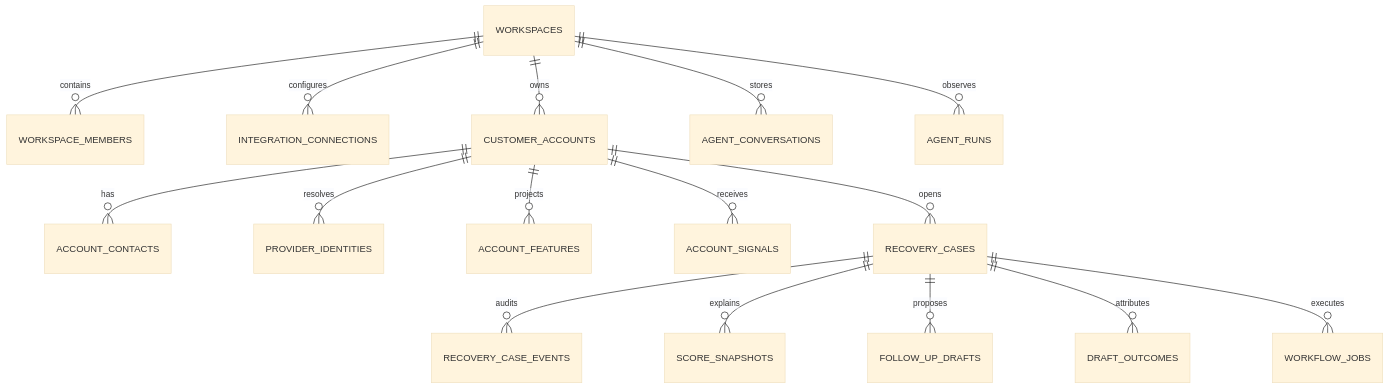
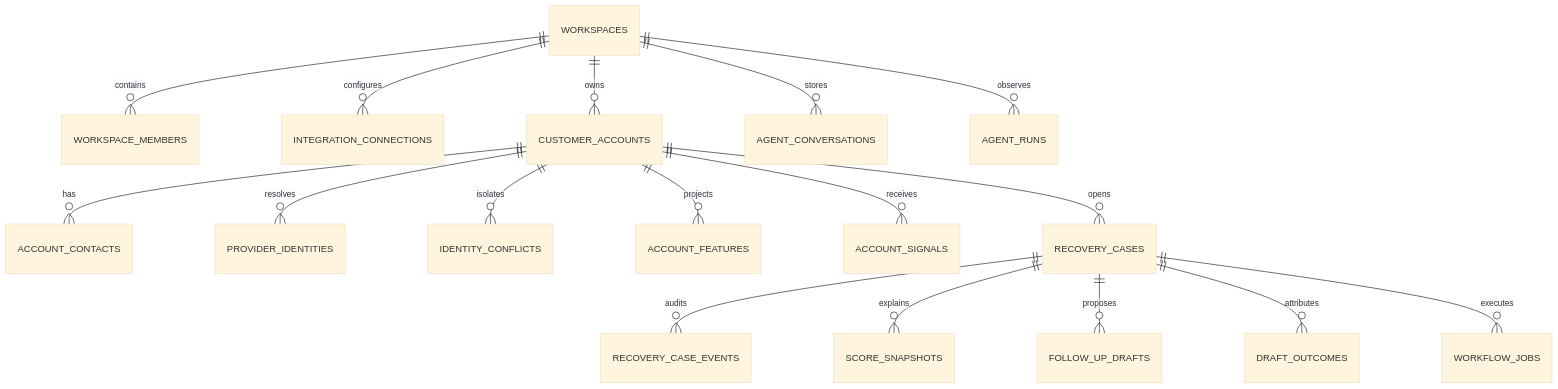
One commit to kushagarasingh9-oss/Allel changed diagram 15 of 16 in README.md. Above: the diagram before and after it, drawn with Mermaid (base theme). The commit also changed other lines of this file and 5 other files, not shown here.

Commit message:
docs: redesign README and documentation with comprehensive architecture and logic diagrams

````diff
--- a/README.md
+++ b/README.md
@@ -511,18 +613,19 @@
 ```mermaid
 erDiagram
     WORKSPACES ||--o{ WORKSPACE_MEMBERS : contains
     WORKSPACES ||--o{ INTEGRATION_CONNECTIONS : configures
     WORKSPACES ||--o{ CUSTOMER_ACCOUNTS : owns
     CUSTOMER_ACCOUNTS ||--o{ ACCOUNT_CONTACTS : has
     CUSTOMER_ACCOUNTS ||--o{ PROVIDER_IDENTITIES : resolves
+    CUSTOMER_ACCOUNTS ||--o{ IDENTITY_CONFLICTS : isolates
     CUSTOMER_ACCOUNTS ||--o{ ACCOUNT_FEATURES : projects
     CUSTOMER_ACCOUNTS ||--o{ ACCOUNT_SIGNALS : receives
     CUSTOMER_ACCOUNTS ||--o{ RECOVERY_CASES : opens
     RECOVERY_CASES ||--o{ RECOVERY_CASE_EVENTS : audits
     RECOVERY_CASES ||--o{ SCORE_SNAPSHOTS : explains
     RECOVERY_CASES ||--o{ FOLLOW_UP_DRAFTS : proposes
     RECOVERY_CASES ||--o{ DRAFT_OUTCOMES : attributes
     RECOVERY_CASES ||--o{ WORKFLOW_JOBS : executes
     WORKSPACES ||--o{ AGENT_CONVERSATIONS : stores
     WORKSPACES ||--o{ AGENT_RUNS : observes
 ```
````
